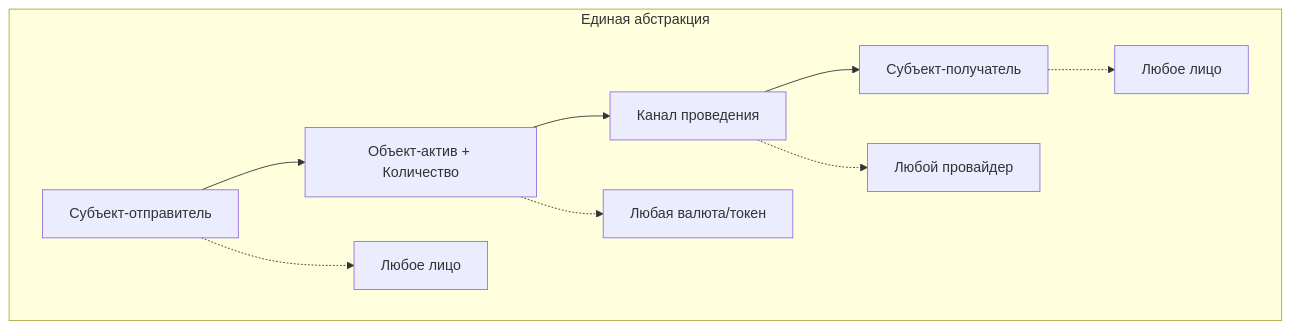
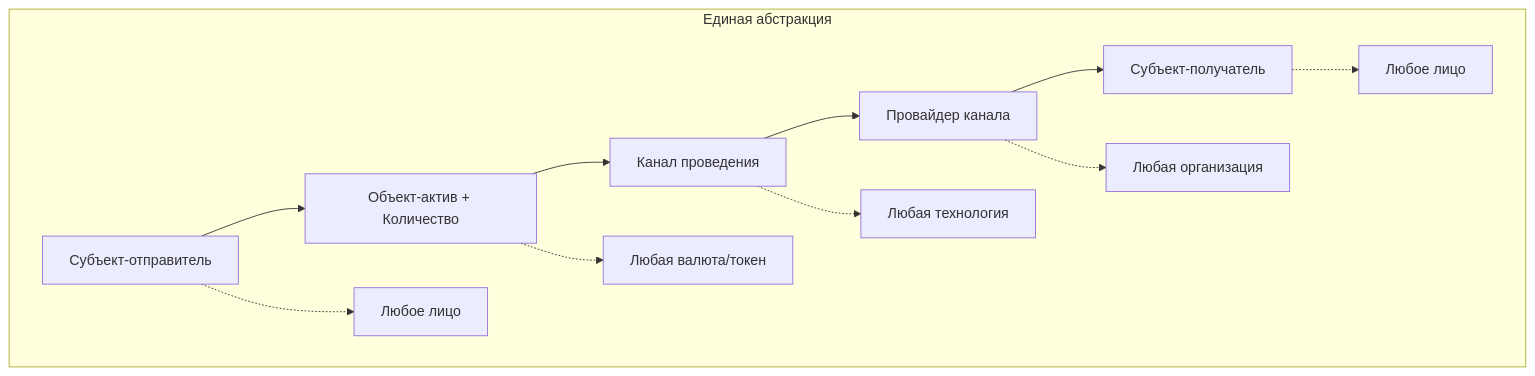
The diagram in Transfer.md (valitydev/warpay), drawn with Mermaid before and after one commit. The commit also changed other lines of this file and 8 other files, not shown here.

````diff
--- a/Transfer.md
+++ b/Transfer.md
@@ -21,13 +37,15 @@
 ```mermaid
 graph TD
     subgraph "Единая абстракция"
         F[Субъект-отправитель] --> G[Объект-актив + Количество]
         G --> H[Канал проведения]
-        H --> I[Субъект-получатель]
+        H --> J[Провайдер канала]
+        J --> I[Субъект-получатель]
         
-        F -.-> J[Любое лицо]
-        G -.-> K[Любая валюта/токен]
-        H -.-> L[Любой провайдер]
-        I -.-> M[Любое лицо]
+        F -.-> K[Любое лицо]
+        G -.-> L[Любая валюта/токен]
+        H -.-> M[Любая технология]
+        J -.-> N[Любая организация]
+        I -.-> O[Любое лицо]
     end
 ```
````
